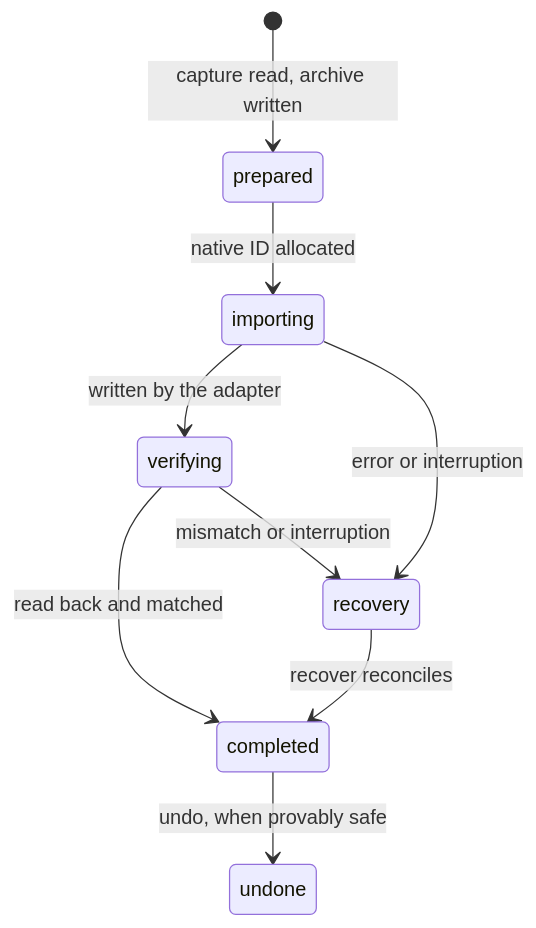
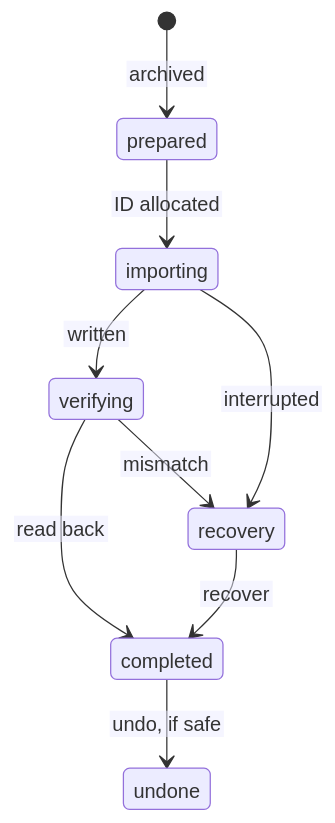
Before and after one commit to pma1999/session-bridge: the second of 2 diagrams in docs/architecture.md, drawn with Mermaid. The commit also changed other lines of this file and 2 other files, not shown here.

First line of the commit message:
Keep diagram labels from being cut off on GitHub

````diff
--- a/docs/architecture.md
+++ b/docs/architecture.md
@@ -83,11 +84,12 @@
 ```mermaid
+%%{init: {"htmlLabels": false, "flowchart": {"htmlLabels": false}}}%%
 stateDiagram-v2
-    [*] --> prepared: capture read, archive written
-    prepared --> importing: native ID allocated
-    importing --> verifying: written by the adapter
-    verifying --> completed: read back and matched
-    importing --> recovery: error or interruption
-    verifying --> recovery: mismatch or interruption
-    recovery --> completed: recover reconciles
-    completed --> undone: undo, when provably safe
+    [*] --> prepared: archived
+    prepared --> importing: ID allocated
+    importing --> verifying: written
+    verifying --> completed: read back
+    importing --> recovery: interrupted
+    verifying --> recovery: mismatch
+    recovery --> completed: recover
+    completed --> undone: undo, if safe
 ```
````
